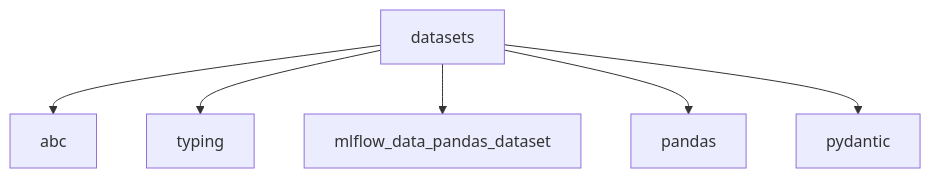
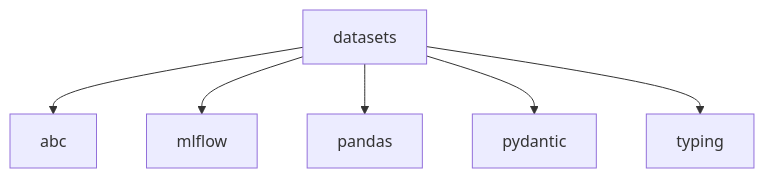
The second of 2 diagrams in wiki/datasets.md (lgcorzo/mlops-python-package), drawn with Mermaid before and after one commit. The commit also changed other lines of this file and 31 other files, not shown here.

````diff
--- a/wiki/datasets.md
+++ b/wiki/datasets.md
@@ -43,8 +43,9 @@
 ```mermaid
 flowchart TD
+
     datasets --> abc
-    datasets --> typing
-    datasets --> mlflow_data_pandas_dataset
+    datasets --> mlflow
     datasets --> pandas
     datasets --> pydantic
+    datasets --> typing
 ```
````
